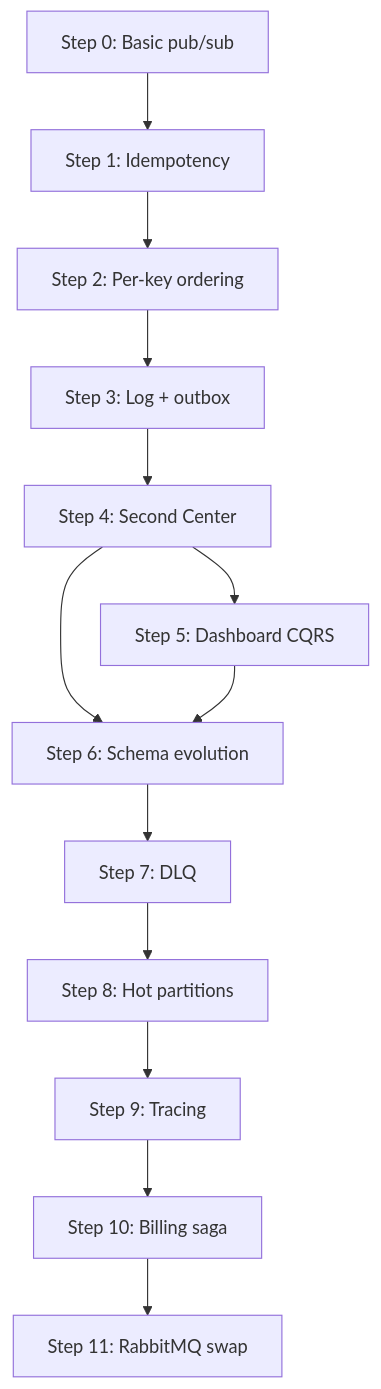
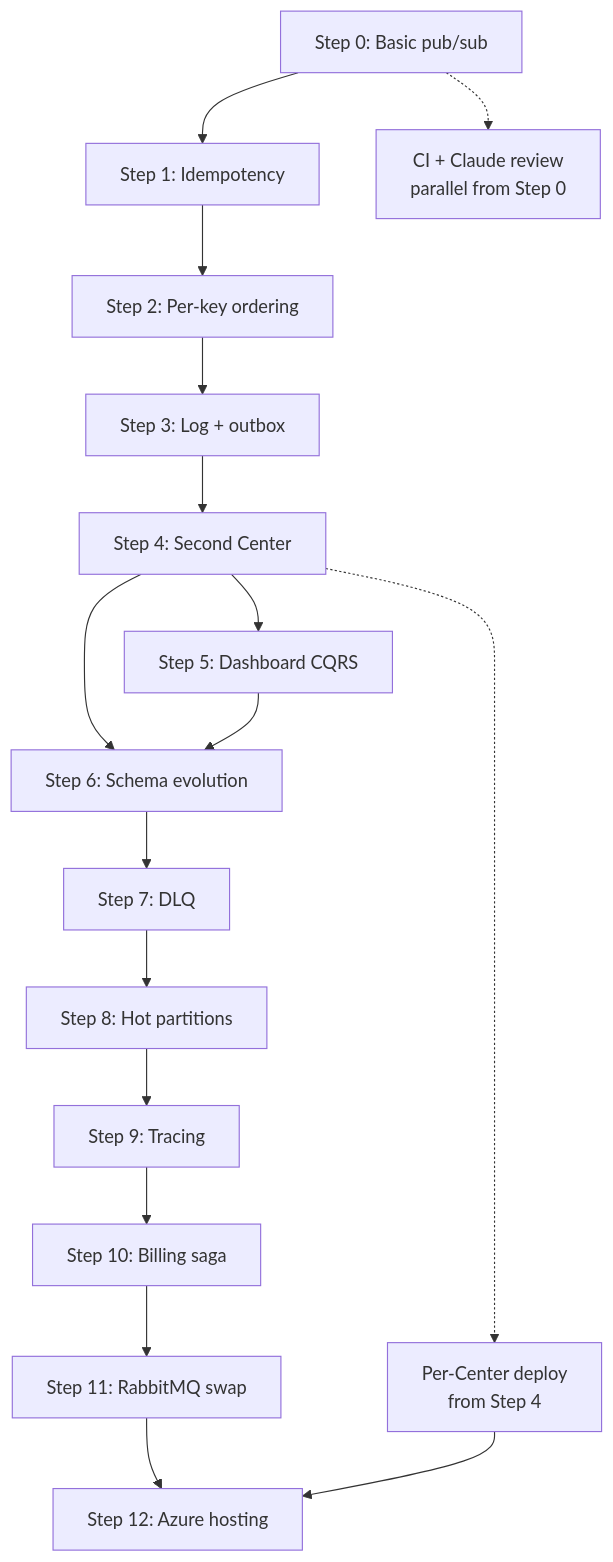
One commit to muxare/DuckNet changed the diagram in ImplementationPlan.md. Above: the diagram before and after it, drawn with Mermaid. The commit also changed other lines of this file, not shown here.

Commit message:
Enhance Implementation Plan with Cloud & CI/CD details. Added Phase D for Azure hosting, including architecture decisions and CI/CD pipeline layout. Updated SQLite and PostgreSQL implementation notes for clarity. Introduced GitHub Actions workflows for CI and deployment processes.

````diff
--- a/ImplementationPlan.md
+++ b/ImplementationPlan.md
@@ -630,15 +937,19 @@
 ```mermaid
 flowchart TD
   S0[Step 0: Basic pub/sub] --> S1[Step 1: Idempotency]
   S1 --> S2[Step 2: Per-key ordering]
   S2 --> S3[Step 3: Log + outbox]
   S3 --> S4[Step 4: Second Center]
   S4 --> S5[Step 5: Dashboard CQRS]
   S4 --> S6[Step 6: Schema evolution]
   S5 --> S6
   S6 --> S7[Step 7: DLQ]
   S7 --> S8[Step 8: Hot partitions]
   S8 --> S9[Step 9: Tracing]
   S9 --> S10[Step 10: Billing saga]
   S10 --> S11[Step 11: RabbitMQ swap]
+  S11 --> S12[Step 12: Azure hosting]
+  S0 -.-> CI[CI + Claude review<br/>parallel from Step 0]
+  S4 -.-> CD[Per-Center deploy<br/>from Step 4]
+  CD --> S12
 ```
````
